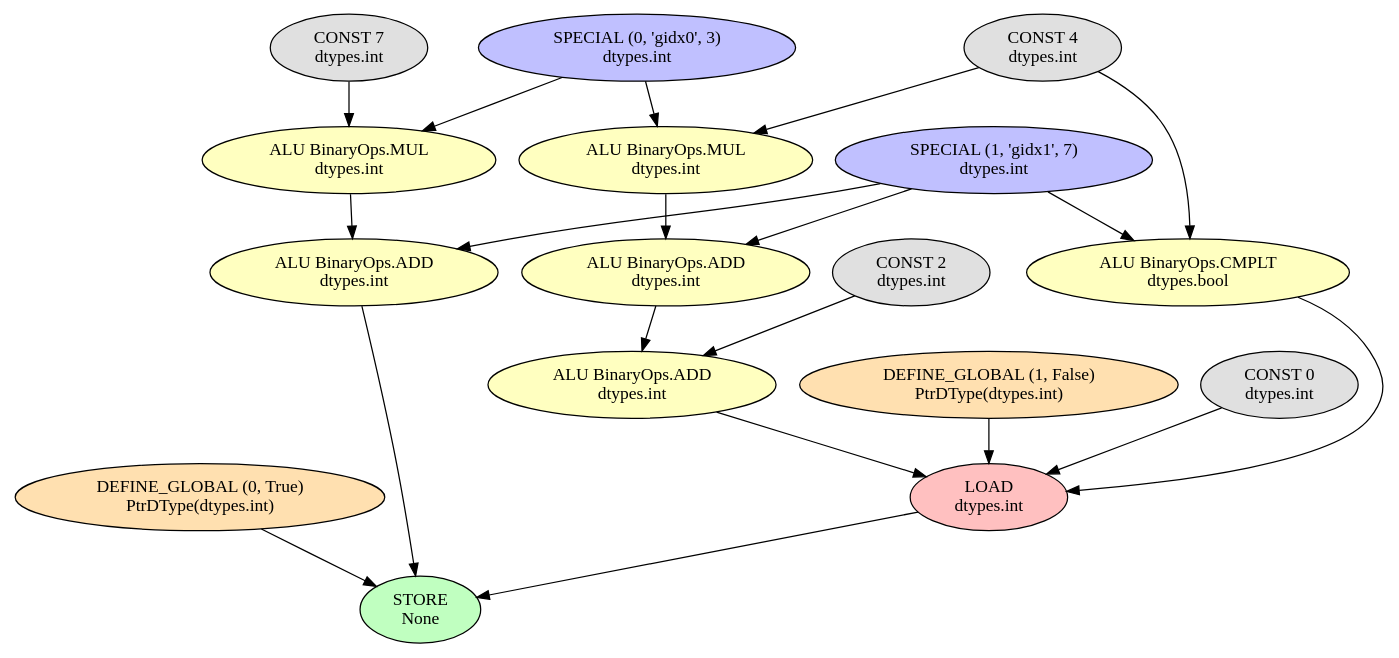
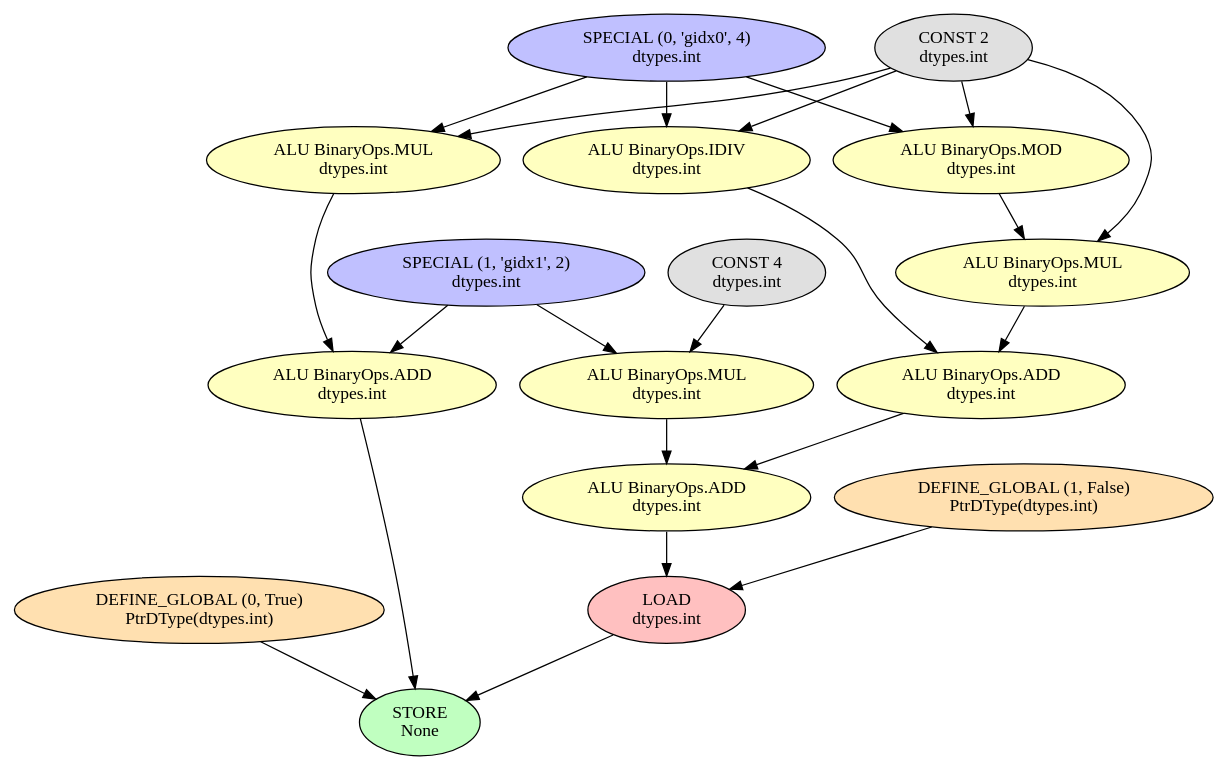
The diagram in temp/net.uops.dot (Zaffer/tinygrad), drawn with Graphviz before and after one commit. The commit also changed 3 other files, not shown here.

```diff
--- a/temp/net.uops.dot
+++ b/temp/net.uops.dot
@@ -1,37 +1,39 @@
 strict digraph  {
 0 [fillcolor="#ffe0b0", label="DEFINE_GLOBAL (0, True)\nPtrDType(dtypes.int)", style=filled];
 1 [fillcolor="#ffe0b0", label="DEFINE_GLOBAL (1, False)\nPtrDType(dtypes.int)", style=filled];
-2 [fillcolor="#e0e0e0", label="CONST 0\ndtypes.int", style=filled];
-3 [fillcolor="#e0e0e0", label="CONST 2\ndtypes.int", style=filled];
-4 [fillcolor="#e0e0e0", label="CONST 4\ndtypes.int", style=filled];
-5 [fillcolor="#e0e0e0", label="CONST 7\ndtypes.int", style=filled];
-6 [fillcolor="#c0c0ff", label="SPECIAL (0, 'gidx0', 3)\ndtypes.int", style=filled];
-7 [fillcolor="#c0c0ff", label="SPECIAL (1, 'gidx1', 7)\ndtypes.int", style=filled];
+2 [fillcolor="#e0e0e0", label="CONST 2\ndtypes.int", style=filled];
+3 [fillcolor="#e0e0e0", label="CONST 4\ndtypes.int", style=filled];
+4 [fillcolor="#c0c0ff", label="SPECIAL (0, 'gidx0', 4)\ndtypes.int", style=filled];
+5 [fillcolor="#c0c0ff", label="SPECIAL (1, 'gidx1', 2)\ndtypes.int", style=filled];
+6 [fillcolor="#ffffc0", label="ALU BinaryOps.MUL\ndtypes.int", style=filled];
+7 [fillcolor="#ffffc0", label="ALU BinaryOps.ADD\ndtypes.int", style=filled];
 8 [fillcolor="#ffffc0", label="ALU BinaryOps.MUL\ndtypes.int", style=filled];
-9 [fillcolor="#ffffc0", label="ALU BinaryOps.ADD\ndtypes.int", style=filled];
-10 [fillcolor="#ffffc0", label="ALU BinaryOps.ADD\ndtypes.int", style=filled];
+9 [fillcolor="#ffffc0", label="ALU BinaryOps.IDIV\ndtypes.int", style=filled];
+10 [fillcolor="#ffffc0", label="ALU BinaryOps.MOD\ndtypes.int", style=filled];
 11 [fillcolor="#ffffc0", label="ALU BinaryOps.MUL\ndtypes.int", style=filled];
 12 [fillcolor="#ffffc0", label="ALU BinaryOps.ADD\ndtypes.int", style=filled];
-13 [fillcolor="#ffffc0", label="ALU BinaryOps.CMPLT\ndtypes.bool", style=filled];
+13 [fillcolor="#ffffc0", label="ALU BinaryOps.ADD\ndtypes.int", style=filled];
 14 [fillcolor="#ffc0c0", label="LOAD\ndtypes.int", style=filled];
 15 [fillcolor="#c0ffc0", label="STORE\nNone", style=filled];
 0 -> 15;
 1 -> 14;
-2 -> 14;
-3 -> 10;
-4 -> 8;
-4 -> 13;
-5 -> 11;
-6 -> 8;
-6 -> 11;
-7 -> 9;
-7 -> 12;
-7 -> 13;
-8 -> 9;
-9 -> 10;
-10 -> 14;
+2 -> 6;
+2 -> 9;
+2 -> 10;
+2 -> 11;
+3 -> 8;
+4 -> 6;
+4 -> 9;
+4 -> 10;
+5 -> 7;
+5 -> 8;
+6 -> 7;
+7 -> 15;
+8 -> 13;
+9 -> 12;
+10 -> 11;
 11 -> 12;
-12 -> 15;
+12 -> 13;
 13 -> 14;
 14 -> 15;
 }
```
